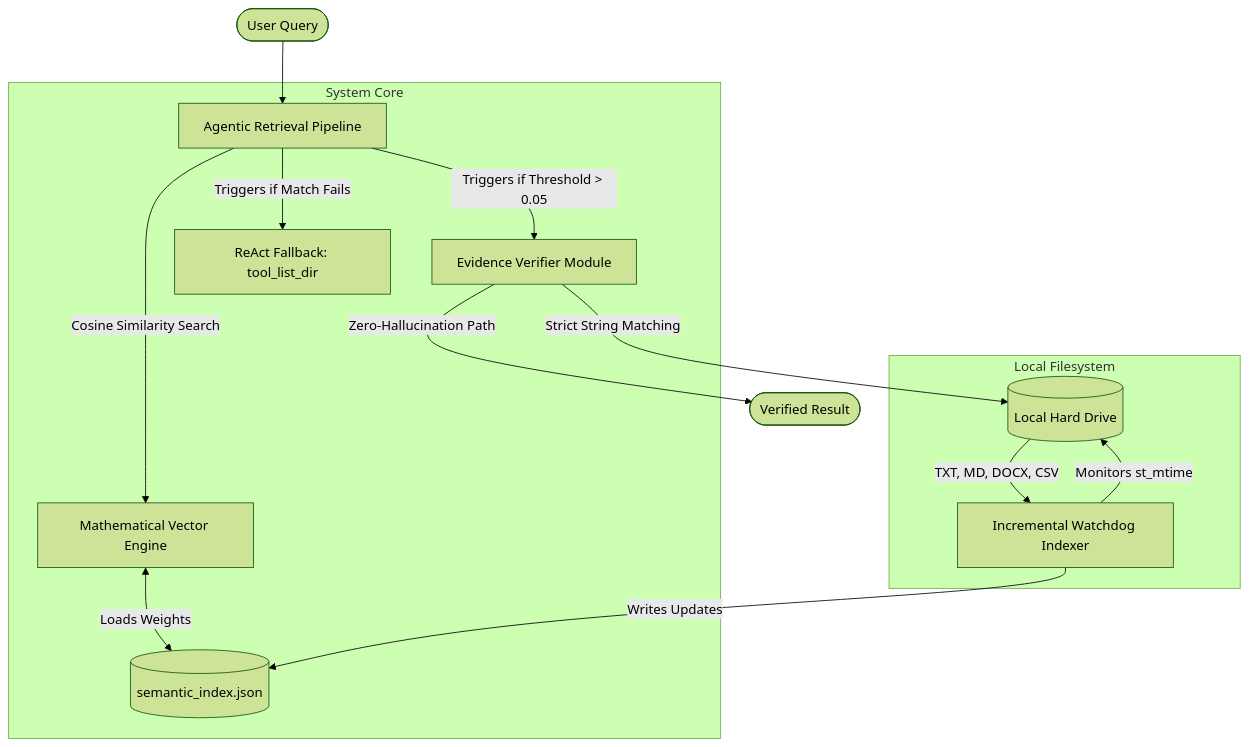
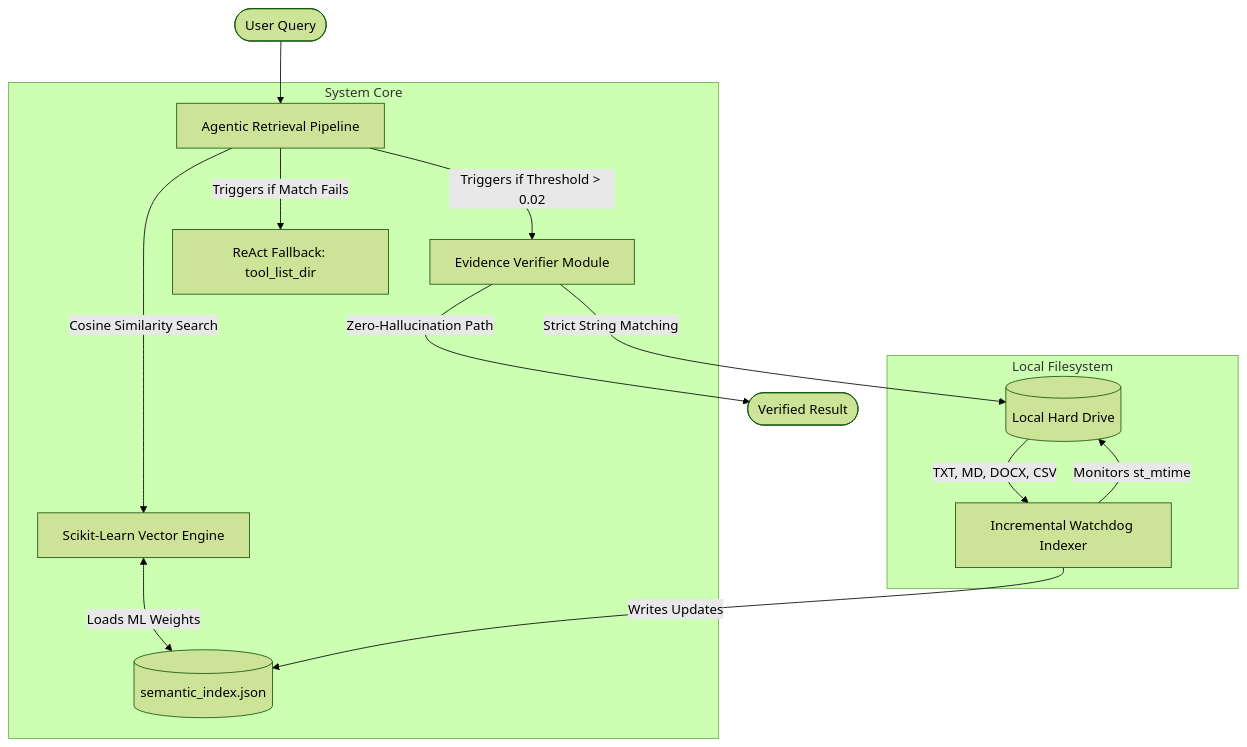
One commit to MUHAMMADFAWWAZWIYOGA/Semantic-File-Explorer changed the diagram in Paper_Semantic_File_Explorer_Muhammad_Fawwaz_Wiyoga_REVISED.md. Above: the diagram before and after it, drawn with Mermaid (forest theme). The commit also changed other lines of this file, not shown here.

````diff
--- a/Paper_Semantic_File_Explorer_Muhammad_Fawwaz_Wiyoga_REVISED.md
+++ b/Paper_Semantic_File_Explorer_Muhammad_Fawwaz_Wiyoga_REVISED.md
@@ -57,20 +61,20 @@
 ```mermaid
 flowchart TD
     User([User Query]) --> Agent[Agentic Retrieval Pipeline]
     
     subgraph Semantic File Explorer [System Core]
-        Agent --> |Cosine Similarity Search| VectorEngine[Mathematical Vector Engine]
-        VectorEngine <--> |Loads Weights| Cache[(semantic_index.json)]
-        Agent --> |Triggers if Threshold > 0.05| Verifier[Evidence Verifier Module]
+        Agent --> |Cosine Similarity Search| VectorEngine[Scikit-Learn Vector Engine]
+        VectorEngine <--> |Loads ML Weights| Cache[(semantic_index.json)]
+        Agent --> |Triggers if Threshold > 0.02| Verifier[Evidence Verifier Module]
         Agent --> |Triggers if Match Fails| OS_API[ReAct Fallback: tool_list_dir]
     end
     
     subgraph Local Environment [Local Filesystem]
         Watchdog[Incremental Watchdog Indexer] --> |Monitors st_mtime| Storage[(Local Hard Drive)]
         Storage --> |TXT, MD, DOCX, CSV| Watchdog
         Watchdog --> |Writes Updates| Cache
     end
     
     Verifier --> |Strict String Matching| Storage
     Verifier --> |Zero-Hallucination Path| Output([Verified Result])
 ```
````
